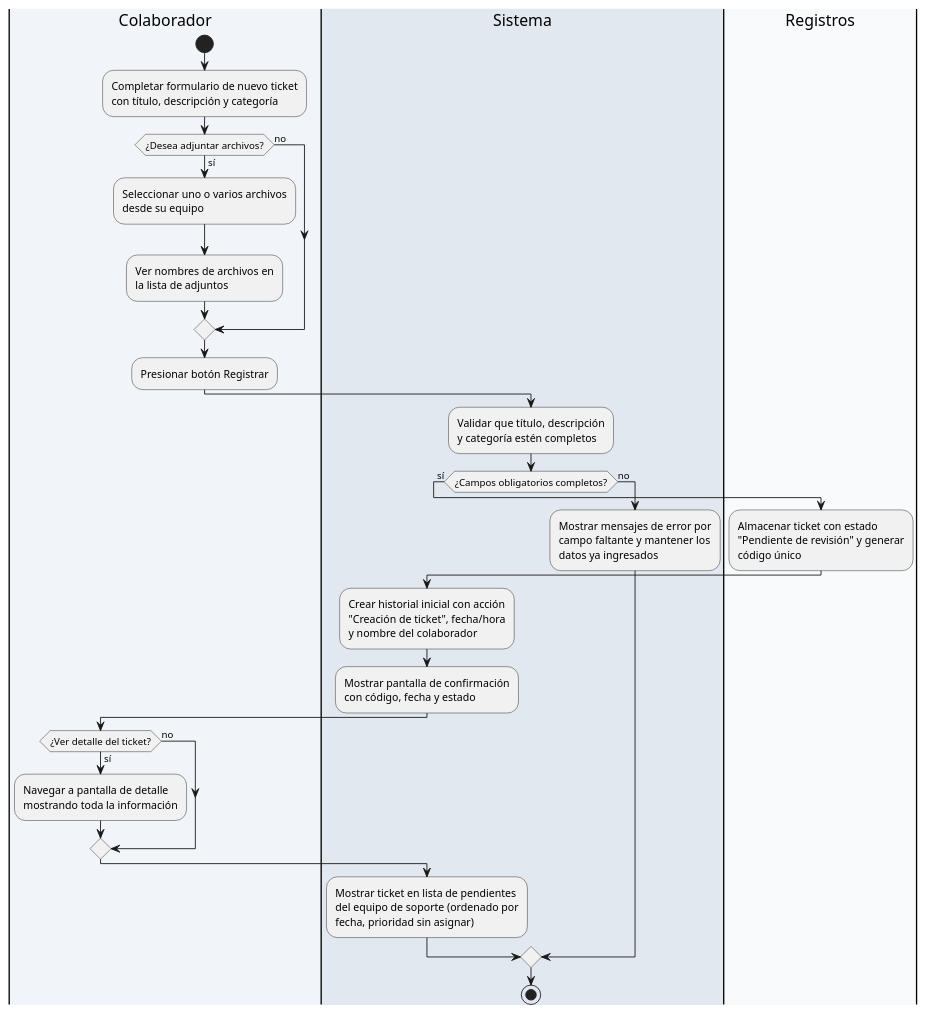
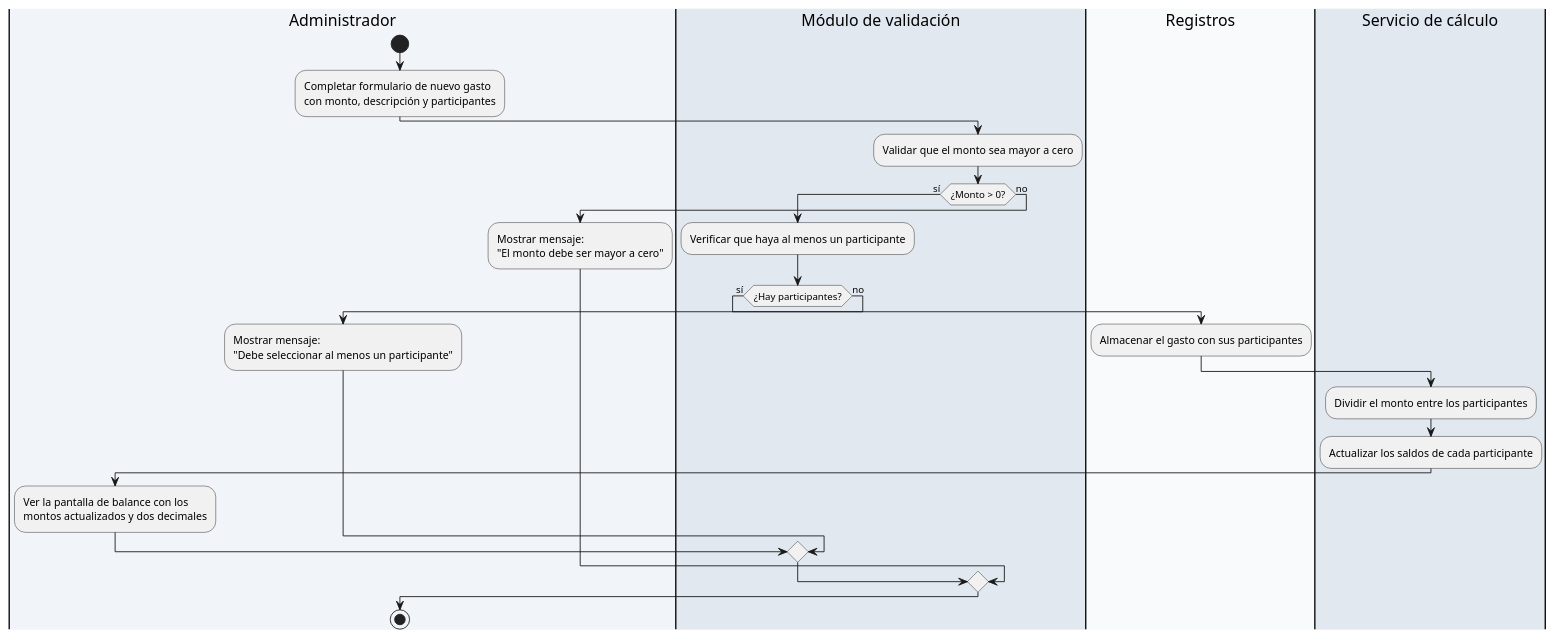
The diagram in backend/src/kosmo/domain/sdd/few_shot/modelo_example.md (CesarPantoja1/KOSMO), drawn with PlantUML before and after one commit. The commit also changed other lines of this file and 5 other files, not shown here.

```diff
--- a/backend/src/kosmo/domain/sdd/few_shot/modelo_example.md
+++ b/backend/src/kosmo/domain/sdd/few_shot/modelo_example.md
@@ -1,44 +1,28 @@
 @startuml
-|#f1f5f9|Colaborador|
+|#f1f5f9|Administrador|
 start
-:Completar formulario de nuevo ticket
-con título, descripción y categoría;
-if (¿Desea adjuntar archivos?) is (sí) then
-  :Seleccionar uno o varios archivos
-desde su equipo;
-  :Ver nombres de archivos en
-la lista de adjuntos;
+:Completar formulario de nuevo gasto
+con monto, descripción y participantes;
+|#e2e8f0|Módulo de validación|
+:Validar que el monto sea mayor a cero;
+if (¿Monto > 0?) is (sí) then
+  :Verificar que haya al menos un participante;
+  if (¿Hay participantes?) is (sí) then
+    |#f8fafc|Registros|
+    :Almacenar el gasto con sus participantes;
+    |#e2e8f0|Servicio de cálculo|
+    :Dividir el monto entre los participantes;
+    :Actualizar los saldos de cada participante;
+    |#f1f5f9|Administrador|
+    :Ver la pantalla de balance con los
+    montos actualizados y dos decimales;
+  else (no)
+    :Mostrar mensaje:
+    "Debe seleccionar al menos un participante";
+  endif
 else (no)
-endif
-:Presionar botón Registrar;
-|#e2e8f0|Sistema|
-:Validar que título, descripción
-y categoría estén completos;
-if (¿Campos obligatorios completos?) is (sí) then
-  |#f8fafc|Registros|
-  :Almacenar ticket con estado
-"Pendiente de revisión" y generar
-código único;
-  |#e2e8f0|Sistema|
-  :Crear historial inicial con acción
-"Creación de ticket", fecha/hora
-y nombre del colaborador;
-  :Mostrar pantalla de confirmación
-con código, fecha y estado;
-  |#f1f5f9|Colaborador|
-  if (¿Ver detalle del ticket?) is (sí) then
-    :Navegar a pantalla de detalle
-mostrando toda la información;
-  else (no)
-  endif
-  |#e2e8f0|Sistema|
-  :Mostrar ticket en lista de pendientes
-del equipo de soporte (ordenado por
-fecha, prioridad sin asignar);
-else (no)
-  :Mostrar mensajes de error por
-campo faltante y mantener los
-datos ya ingresados;
+  :Mostrar mensaje:
+  "El monto debe ser mayor a cero";
 endif
 stop
 @enduml
```
